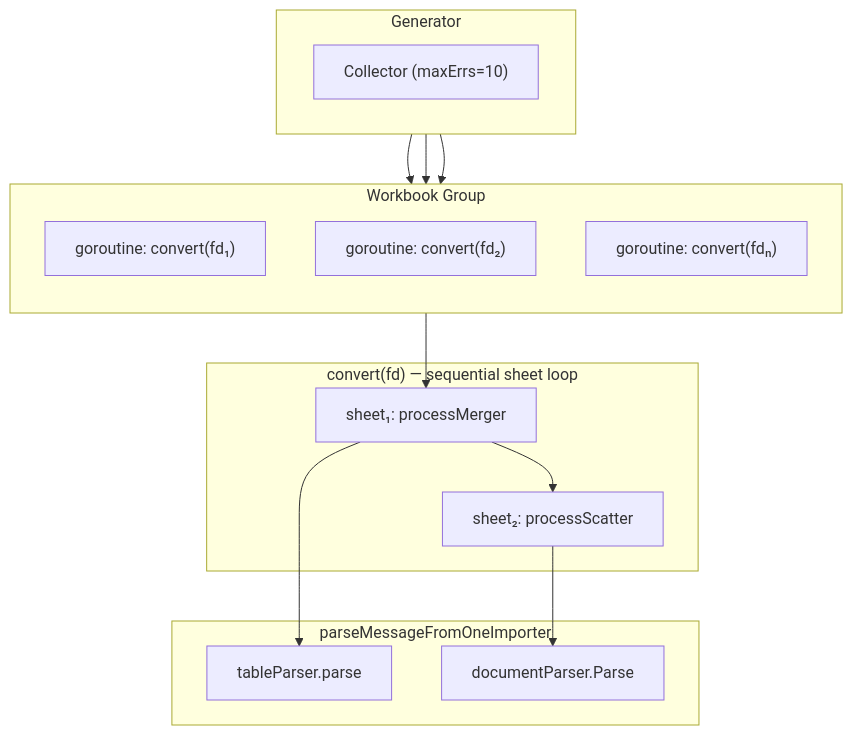
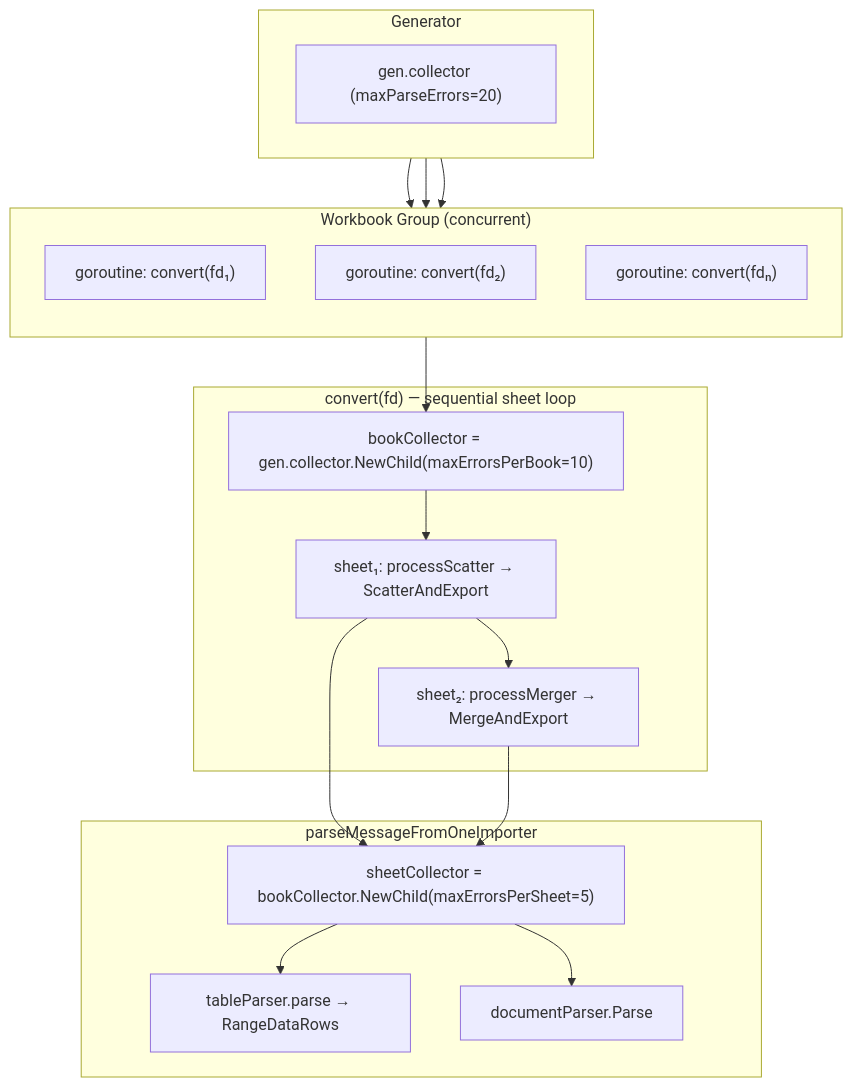
The first of 2 diagrams in internal/confgen/README.md (tableauio/tableau), drawn with Mermaid before and after one commit. The commit also changed other lines of this file and 7 other files, not shown here.

````diff
--- a/internal/confgen/README.md
+++ b/internal/confgen/README.md
@@ -44,30 +47,31 @@
 ```mermaid
 flowchart TB
     subgraph Generator
-        C["Collector (maxErrs=10)"]
+        C["gen.collector (maxParseErrors=20)"]
     end
 
-    subgraph "Workbook Group"
+    subgraph "Workbook Group (concurrent)"
         direction TB
         G1["goroutine: convert(fd₁)"]
         G2["goroutine: convert(fd₂)"]
         Gn["goroutine: convert(fdₙ)"]
     end
 
     Generator --> G1 & G2 & Gn
 
     subgraph "convert(fd) — sequential sheet loop"
-        S1["sheet₁: processMerger"]
-        S2["sheet₂: processScatter"]
+        B["bookCollector = gen.collector.NewChild(maxErrorsPerBook=10)"]
+        S1["sheet₁: processScatter → ScatterAndExport"]
+        S2["sheet₂: processMerger → MergeAndExport"]
     end
 
-    G1 --> S1 --> S2
+    G1 --> B --> S1 --> S2
 
     subgraph "parseMessageFromOneImporter"
-        TP["tableParser.parse"]
+        SC["sheetCollector = bookCollector.NewChild(maxErrorsPerSheet=5)"]
+        TP["tableParser.parse → RangeDataRows"]
         DP["documentParser.Parse"]
     end
 
-    S1 --> TP
-    S2 --> DP
+    S1 & S2 --> SC --> TP & DP
 ```
````
